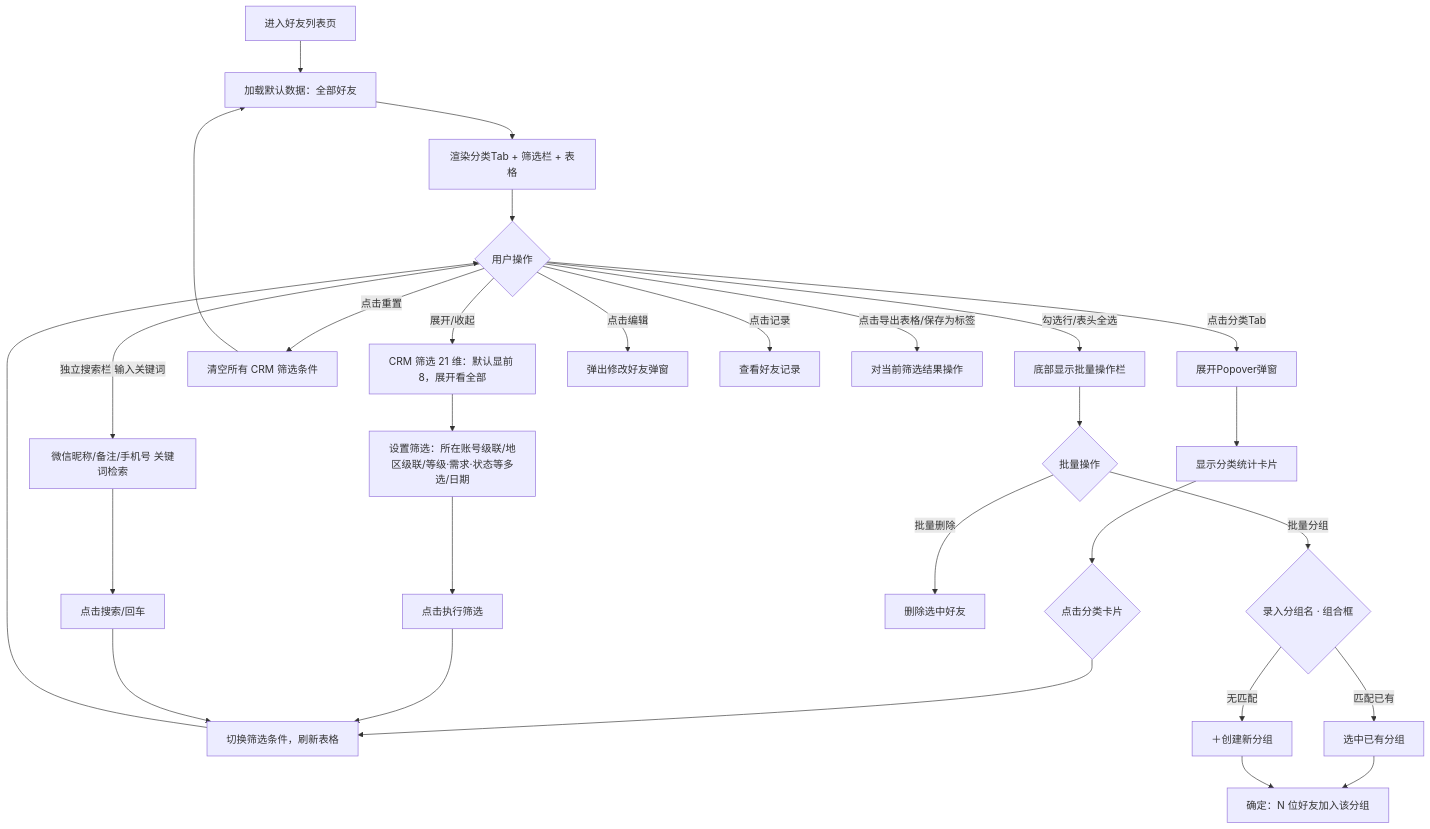
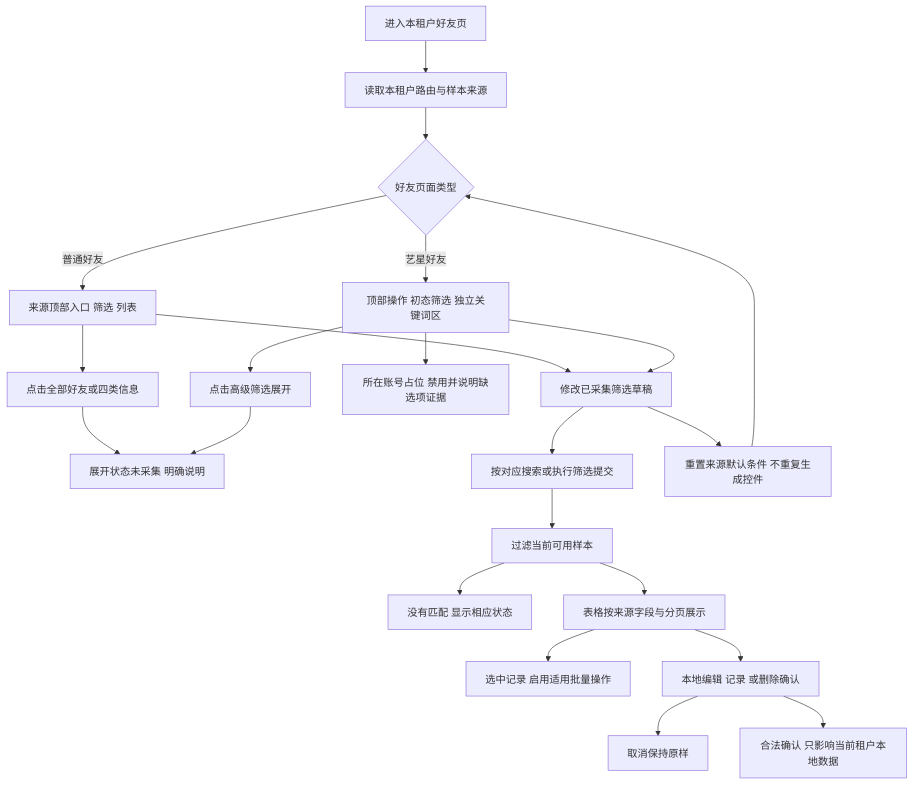
The diagram in flowcharts/friend-list.md (xfang9528-glitch/suiyin-admin), drawn with Mermaid before and after one commit. The commit also changed other lines of this file and 195 other files, not shown here.

````diff
--- a/flowcharts/friend-list.md
+++ b/flowcharts/friend-list.md
@@ -5,37 +5,24 @@
 ```mermaid
 flowchart TD
-    A[进入好友列表页] --> B[加载默认数据：全部好友]
-    B --> C[渲染分类Tab + 筛选栏 + 表格]
-
-    C --> D{用户操作}
-    D -->|点击分类Tab| E[展开Popover弹窗]
-    E --> F[显示分类统计卡片]
-    F --> G{点击分类卡片}
-    G --> H[切换筛选条件，刷新表格]
-    H --> D
-
-    D -->|展开/收起| I0[CRM 筛选 21 维：默认显前 8，展开看全部]
-    I0 --> I[设置筛选：所在账号级联/地区级联/等级·需求·状态等多选/日期]
-    I --> J[点击执行筛选]
-    J --> H
-
-    D -->|点击重置| K[清空所有 CRM 筛选条件]
-    K --> B
-
-    D -->|独立搜索栏 输入关键词| SR[微信昵称/备注/手机号 关键词检索]
-    SR --> SR2[点击搜索/回车]
-    SR2 --> H
-
-    D -->|勾选行/表头全选| L[底部显示批量操作栏]
-    L --> M{批量操作}
-    M -->|批量删除| N[删除选中好友]
-    M -->|批量分组| G2{录入分组名 · 组合框}
-    G2 -->|匹配已有| G3[选中已有分组]
-    G2 -->|无匹配| G4[＋创建新分组]
-    G3 --> G5[确定：N 位好友加入该分组]
-    G4 --> G5
-
-    D -->|点击编辑| P[弹出修改好友弹窗]
-    D -->|点击记录| Q[查看好友记录]
-    D -->|点击导出表格/保存为标签| R[对当前筛选结果操作]
+    Enter[进入本租户好友页] --> Source[读取本租户路由与样本来源]
+    Source --> Route{好友页面类型}
+    Route -->|普通好友| Ordinary[来源顶部入口 筛选 列表]
+    Route -->|艺星好友| Yestar[顶部操作 初态筛选 独立关键词区]
+    Ordinary --> Category[点击全部好友或四类信息]
+    Category --> Pending[展开状态未采集 明确说明]
+    Yestar --> Expand[点击高级筛选展开]
+    Expand --> Pending
+    Yestar --> Account[所在账号占位 禁用并说明缺选项证据]
+    Ordinary --> Draft[修改已采集筛选草稿]
+    Yestar --> Draft
+    Draft --> Search[按对应搜索或执行筛选提交]
+    Search --> Result[过滤当前可用样本]
+    Result --> Empty[没有匹配 显示相应状态]
+    Result --> Table[表格按来源字段与分页展示]
+    Table --> Select[选中记录 启用适用批量操作]
+    Table --> Edit[本地编辑 记录 或删除确认]
+    Edit --> Cancel[取消保持原样]
+    Edit --> Local[合法确认 只影响当前租户本地数据]
+    Draft --> Reset[重置来源默认条件 不重复生成控件]
+    Reset --> Route
 ```
````
